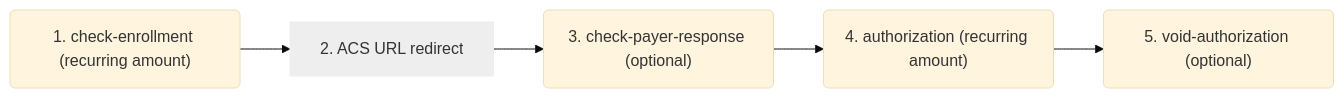
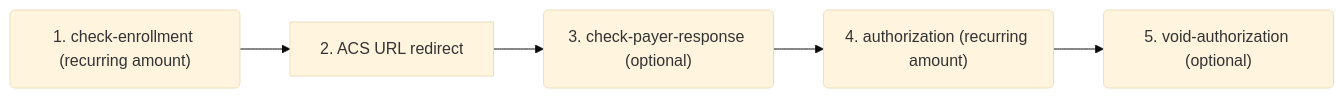
One commit to wirecard/merchant-documentation-gateway changed the tenth of 17 diagrams in 11-01-09-three-d-secure-two-payment-flows.adoc. Above: the diagram before and after it, drawn with Mermaid (base theme). The commit also changed other lines of this file and 21 other files, not shown here.

```diff
--- a/11-01-09-three-d-secure-two-payment-flows.adoc
+++ b/11-01-09-three-d-secure-two-payment-flows.adoc
@@ -1808,10 +1808,10 @@
 [mermaid,API_CC_3DS2_PaymentFlows_RecurringMIT_StoringCCAndSubscription_AuthAndVoid,svg]
 ----
 graph LR
 A("1. check-enrollment (recurring amount)")-->B
 B["2. ACS URL redirect"]-->C
 C("3. check-payer-response (optional)")-->D
 D("4. authorization (recurring amount)")-->E
 E("5. void-authorization (optional)")
-style B fill:#eee, stroke:#eee
+class B squared-rect
 ----
```
